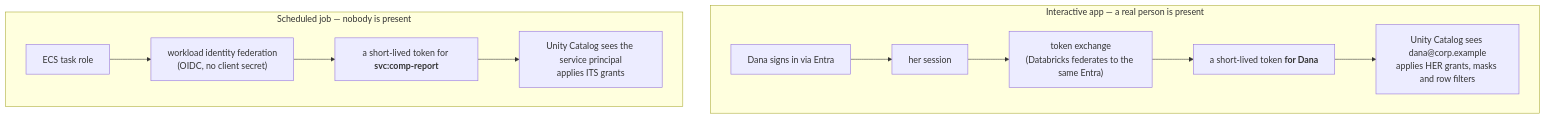
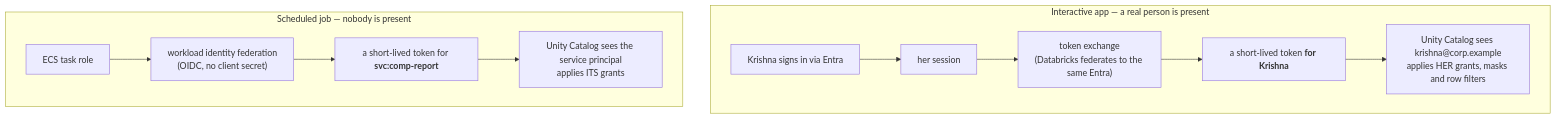
Before and after one commit to KRISHNABR/insights-platform: the fifth of 8 diagrams in docs/ARCHITECTURE.md, drawn with Mermaid. The commit also changed other lines of this file and 10 other files, not shown here.

First line of the commit message:
Rename the demo user Dana Okafor to Krishna Murari

````diff
--- a/docs/ARCHITECTURE.md
+++ b/docs/ARCHITECTURE.md
@@ -488,14 +488,14 @@
 ```mermaid
 flowchart TB
   subgraph I["Interactive app — a real person is present"]
-    U["Dana signs in via Entra"] --> S["her session"]
+    U["Krishna signs in via Entra"] --> S["her session"]
     S --> TE["token exchange<br/>(Databricks federates to the same Entra)"]
-    TE --> UT["a short-lived token <b>for Dana</b>"]
-    UT --> UC1["Unity Catalog sees dana@corp.example<br/>applies HER grants, masks and row filters"]
+    TE --> UT["a short-lived token <b>for Krishna</b>"]
+    UT --> UC1["Unity Catalog sees krishna@corp.example<br/>applies HER grants, masks and row filters"]
   end
   subgraph J["Scheduled job — nobody is present"]
     TR["ECS task role"] --> WIF["workload identity federation<br/>(OIDC, no client secret)"]
     WIF --> ST["a short-lived token for <b>svc:comp-report</b>"]
     ST --> UC2["Unity Catalog sees the service principal<br/>applies ITS grants"]
   end
 ```
````
